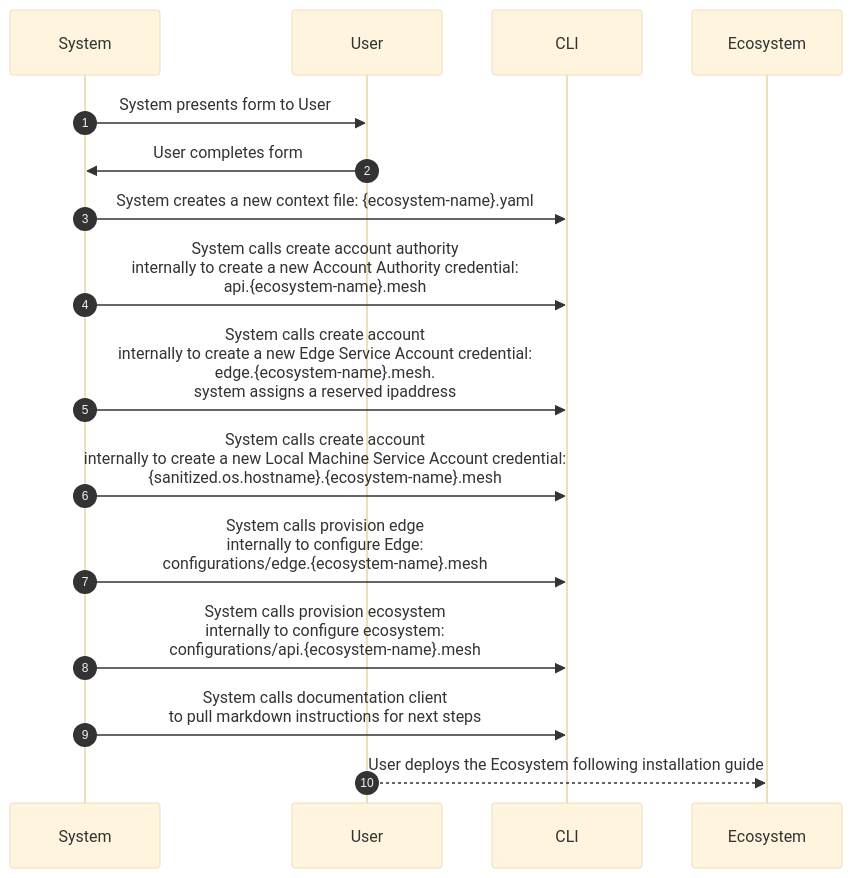
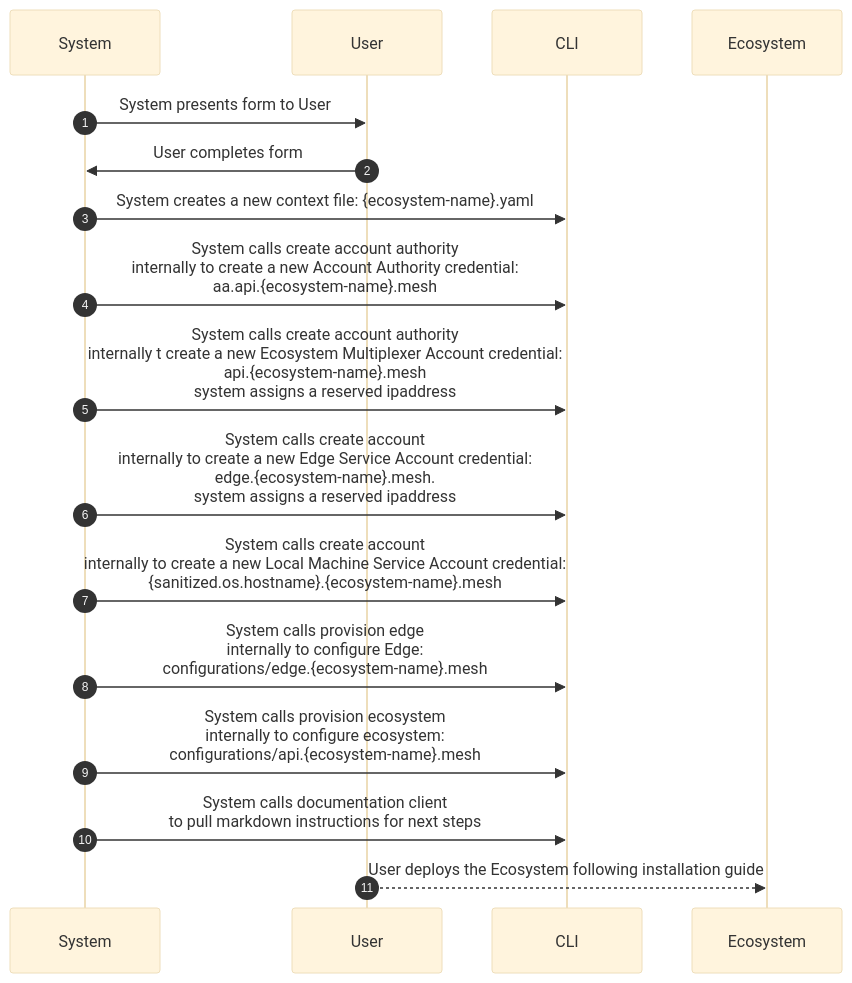
One commit to openecosystems/ecosystem changed the diagram in apps/clients/public/cli/v2alpha/oeco/docs/ecosystem-create.md. Above: the diagram before and after it, drawn with Mermaid (base theme). The commit also changed 63 other files, not shown here.

````diff
--- a/apps/clients/public/cli/v2alpha/oeco/docs/ecosystem-create.md
+++ b/apps/clients/public/cli/v2alpha/oeco/docs/ecosystem-create.md
@@ -50,19 +50,20 @@
 ```mermaid
 sequenceDiagram
     autonumber
     participant S as System
     participant U as User
     participant CLI as CLI
     participant E as Ecosystem
     links E: {"Details": "https://docs.openecosystems.com/ecosystem"}
     S->>U: System presents form to User
     U->>S: User completes form
     S->>CLI: System creates a new context file: {ecosystem-name}.yaml
-    S->>CLI: System calls create account authority <br/>internally to create a new Account Authority credential: <br/>api.{ecosystem-name}.mesh
+    S->>CLI: System calls create account authority <br/>internally to create a new Account Authority credential: <br/>aa.api.{ecosystem-name}.mesh
+    S->>CLI: System calls create account authority <br/>internally t create a new Ecosystem Multiplexer Account credential: <br/>api.{ecosystem-name}.mesh <br/>system assigns a reserved ipaddress
     S->>CLI: System calls create account <br/>internally to create a new Edge Service Account credential: <br/>edge.{ecosystem-name}.mesh. <br/>system assigns a reserved ipaddress
     S->>CLI: System calls create account <br/>internally to create a new Local Machine Service Account credential: <br/>{sanitized.os.hostname}.{ecosystem-name}.mesh
     S->>CLI: System calls provision edge <br/>internally to configure Edge: <br/>configurations/edge.{ecosystem-name}.mesh
     S->>CLI: System calls provision ecosystem <br/>internally to configure ecosystem: <br/>configurations/api.{ecosystem-name}.mesh
     S->>CLI: System calls documentation client <br/>to pull markdown instructions for next steps
     U-->>E: User deploys the Ecosystem following installation guide
 ```
````
